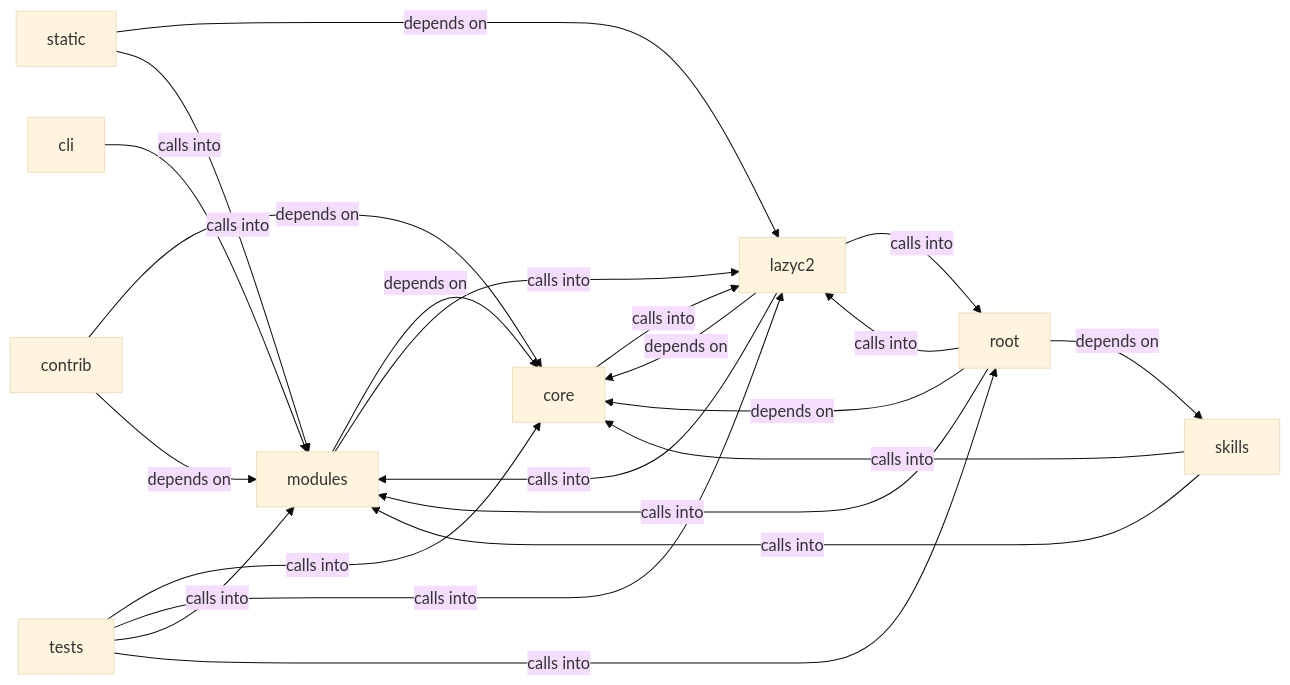
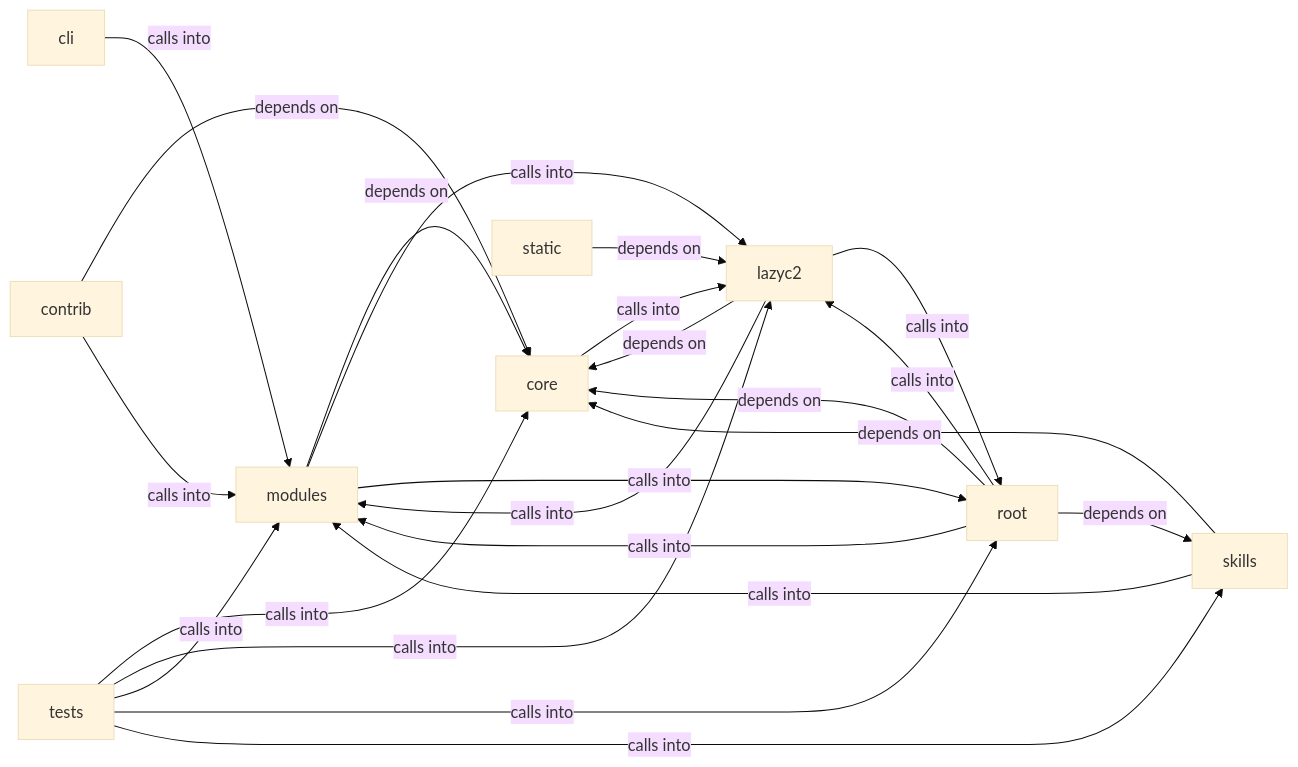
Before and after one commit to grisuno/LazyOwn: the diagram in readmenator-diagrams/modules_lazyc2.md, drawn with Mermaid (base theme). The commit also changed other lines of this file and 464 other files, not shown here.

````diff
--- a/readmenator-diagrams/modules_lazyc2.md
+++ b/readmenator-diagrams/modules_lazyc2.md
@@ -5,33 +5,34 @@
 ```mermaid
 graph LR
     cli["cli"]
     contrib["contrib"]
     core["core"]
     lazyc2["lazyc2"]
     modules["modules"]
     root["root"]
     skills["skills"]
     static["static"]
     tests["tests"]
     cli -- "calls into" --> modules
     contrib -- "depends on" --> core
-    contrib -- "depends on" --> modules
+    contrib -- "calls into" --> modules
     core -- "calls into" --> lazyc2
     lazyc2 -- "depends on" --> core
     lazyc2 -- "calls into" --> modules
     lazyc2 -- "calls into" --> root
     modules -- "depends on" --> core
     modules -- "calls into" --> lazyc2
+    modules -- "calls into" --> root
     root -- "depends on" --> core
     root -- "calls into" --> lazyc2
     root -- "calls into" --> modules
     root -- "depends on" --> skills
-    skills -- "calls into" --> core
+    skills -- "depends on" --> core
     skills -- "calls into" --> modules
     static -- "depends on" --> lazyc2
-    static -- "calls into" --> modules
     tests -- "calls into" --> core
     tests -- "calls into" --> lazyc2
     tests -- "calls into" --> modules
     tests -- "calls into" --> root
+    tests -- "calls into" --> skills
 ```
````
